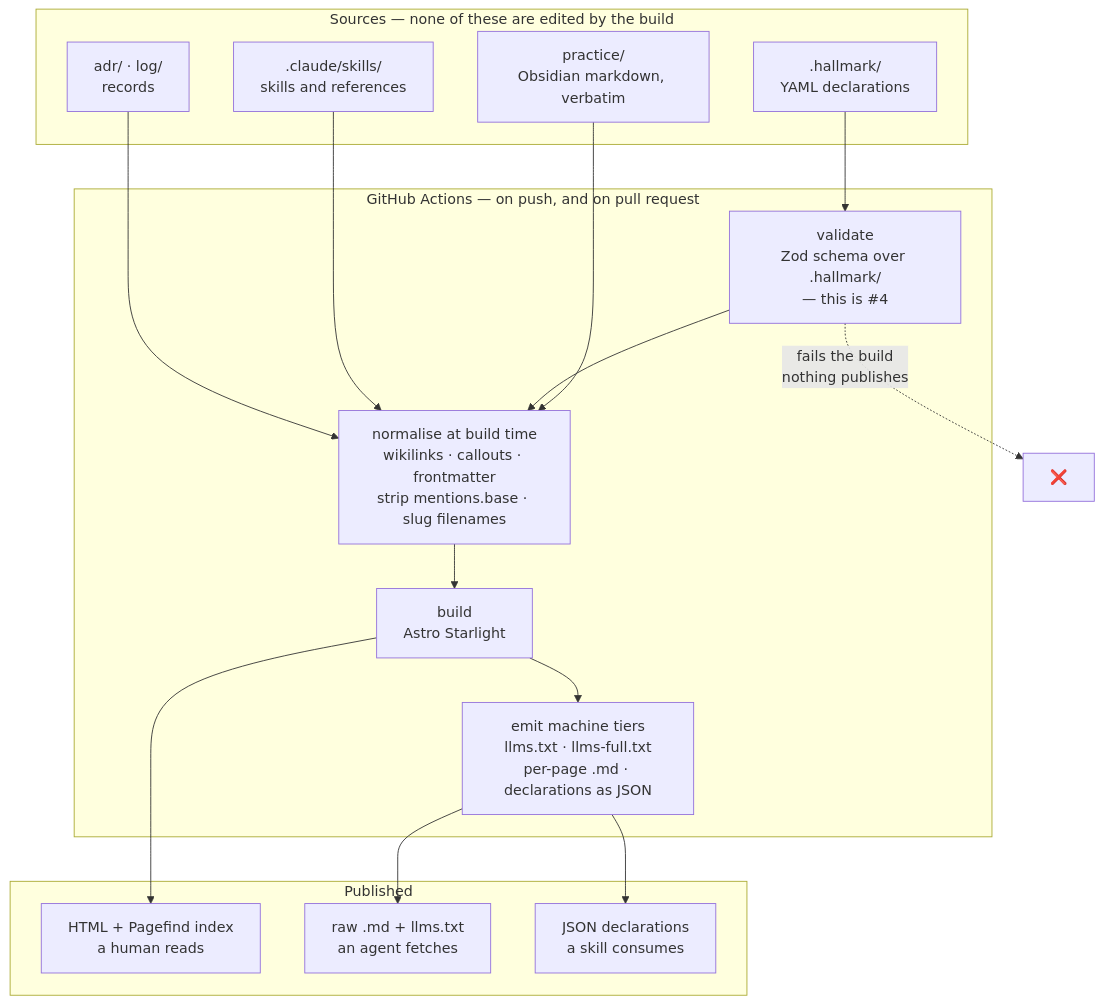
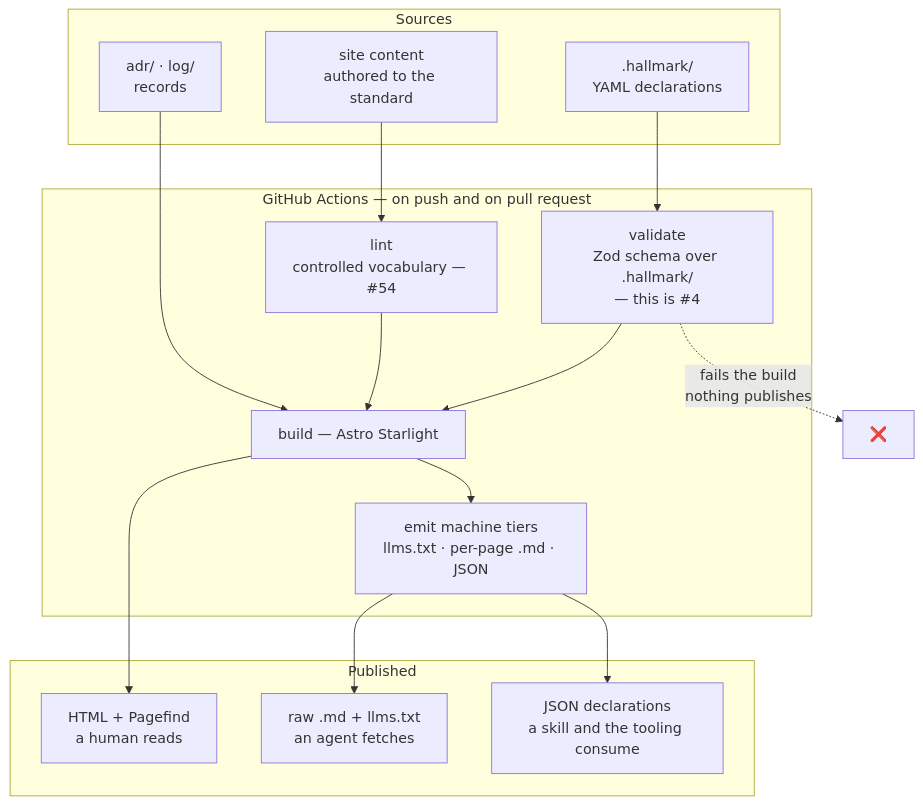
Before and after one commit to Kieranties/hallmark: the second of 3 diagrams in research/docs-site-comparison.md, drawn with Mermaid. The commit also changed other lines of this file and 2 other files, not shown here.

First line of the commit message:
Declare a writing standard, an agent that applies it, and refocus the research

````diff
--- a/research/docs-site-comparison.md
+++ b/research/docs-site-comparison.md
@@ -231,33 +318,30 @@
 ```mermaid
 flowchart TB
-    subgraph sources["Sources — none of these are edited by the build"]
-        P["practice/<br/>Obsidian markdown, verbatim"]
+    subgraph src["Sources"]
         H[".hallmark/<br/>YAML declarations"]
-        S[".claude/skills/<br/>skills and references"]
+        C["site content<br/>authored to the standard"]
         A["adr/ · log/<br/>records"]
     end
 
-    subgraph ci["GitHub Actions — on push, and on pull request"]
+    subgraph ci["GitHub Actions — on push and on pull request"]
         V["validate<br/>Zod schema over .hallmark/<br/>— this is #4"]
-        N["normalise at build time<br/>wikilinks · callouts · frontmatter<br/>strip mentions.base · slug filenames"]
-        B["build<br/>Astro Starlight"]
-        E["emit machine tiers<br/>llms.txt · llms-full.txt<br/>per-page .md · declarations as JSON"]
+        L["lint<br/>controlled vocabulary — #54"]
+        B["build — Astro Starlight"]
+        E["emit machine tiers<br/>llms.txt · per-page .md · JSON"]
     end
 
     subgraph out["Published"]
-        HT["HTML + Pagefind index<br/>a human reads"]
+        HT["HTML + Pagefind<br/>a human reads"]
         MD["raw .md + llms.txt<br/>an agent fetches"]
-        JS["JSON declarations<br/>a skill consumes"]
+        JS["JSON declarations<br/>a skill and the tooling consume"]
     end
 
-    P --> N
-    H --> V --> N
-    S --> N
-    A --> N
-    N --> B --> HT
-    B --> E
-    E --> MD
+    H --> V --> B
+    C --> L --> B
+    A --> B
+    B --> HT
+    B --> E --> MD
     E --> JS
 
     V -. "fails the build<br/>nothing publishes" .-> X["❌"]
 ```
````
